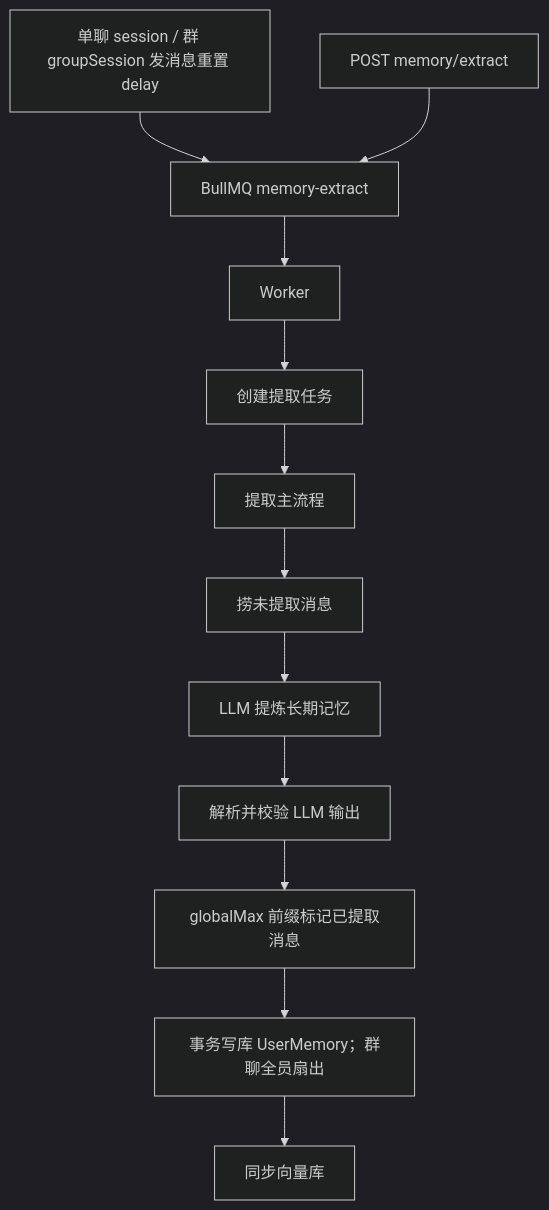
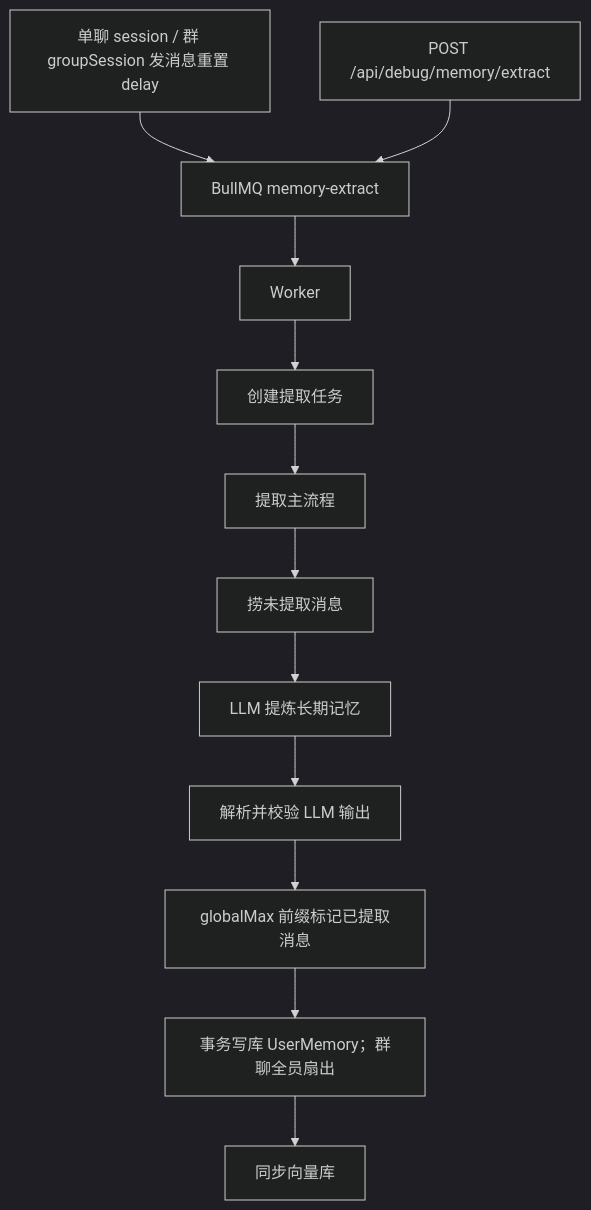
One commit to lilialab/lilia changed the diagram in docs/memory/extract.md. Above: the diagram before and after it, drawn with Mermaid (dark theme). The commit also changed other lines of this file and 25 other files, not shown here.

````diff
--- a/docs/memory/extract.md
+++ b/docs/memory/extract.md
@@ -5,14 +5,14 @@
 ```mermaid
 flowchart TD
   ChatIdle["单聊 session / 群 groupSession 发消息重置 delay"] --> Queue[BullMQ memory-extract]
-  API["POST memory/extract"] --> Queue
+  API["POST /api/debug/memory/extract"] --> Queue
   Queue --> Worker[Worker]
   Worker --> CreateJob[创建提取任务]
   CreateJob --> MainFlow[提取主流程]
   MainFlow --> BuildTranscript[捞未提取消息]
   BuildTranscript --> LlmExtract[LLM 提炼长期记忆]
   LlmExtract --> ParseValidate[解析并校验 LLM 输出]
   ParseValidate --> MarkMessages["globalMax 前缀标记已提取消息"]
   MarkMessages --> Persist["事务写库 UserMemory；群聊全员扇出"]
   Persist --> SyncVector[同步向量库]
 ```
````
